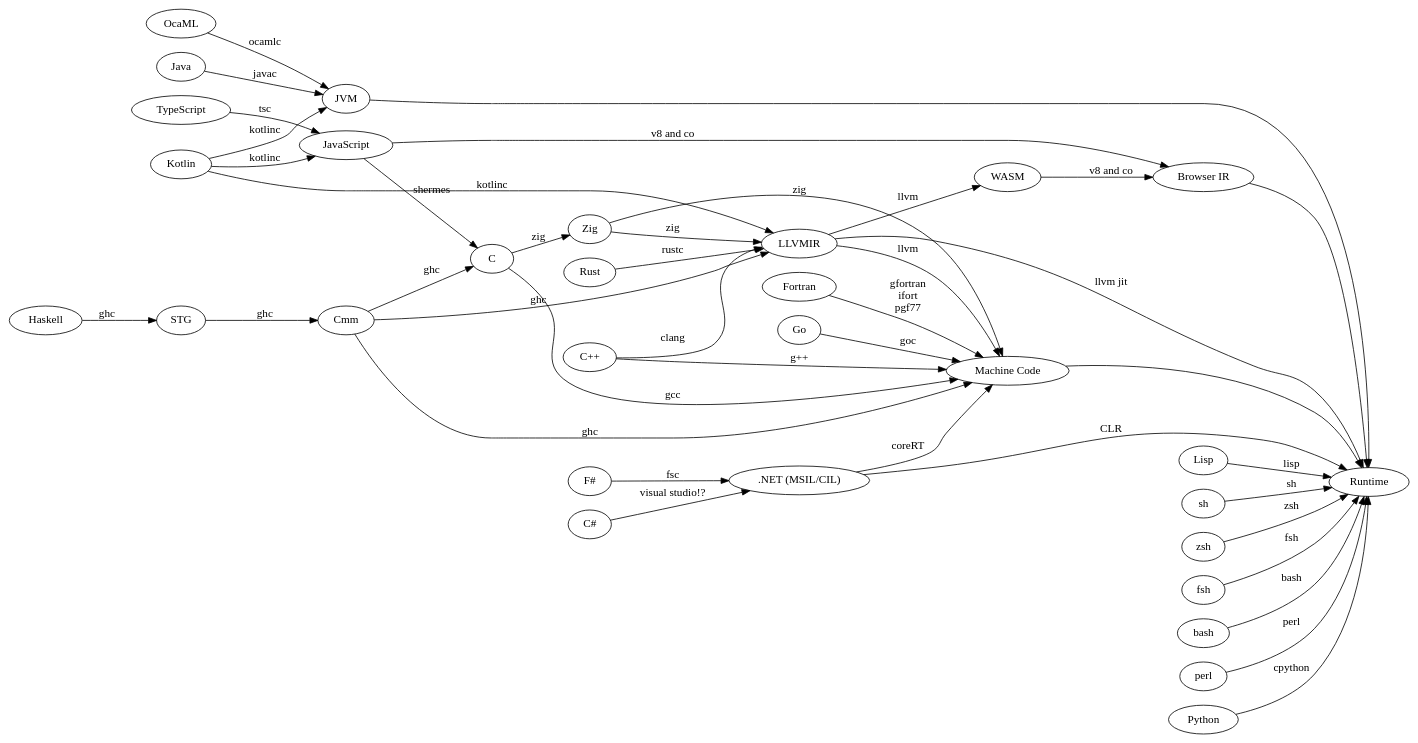
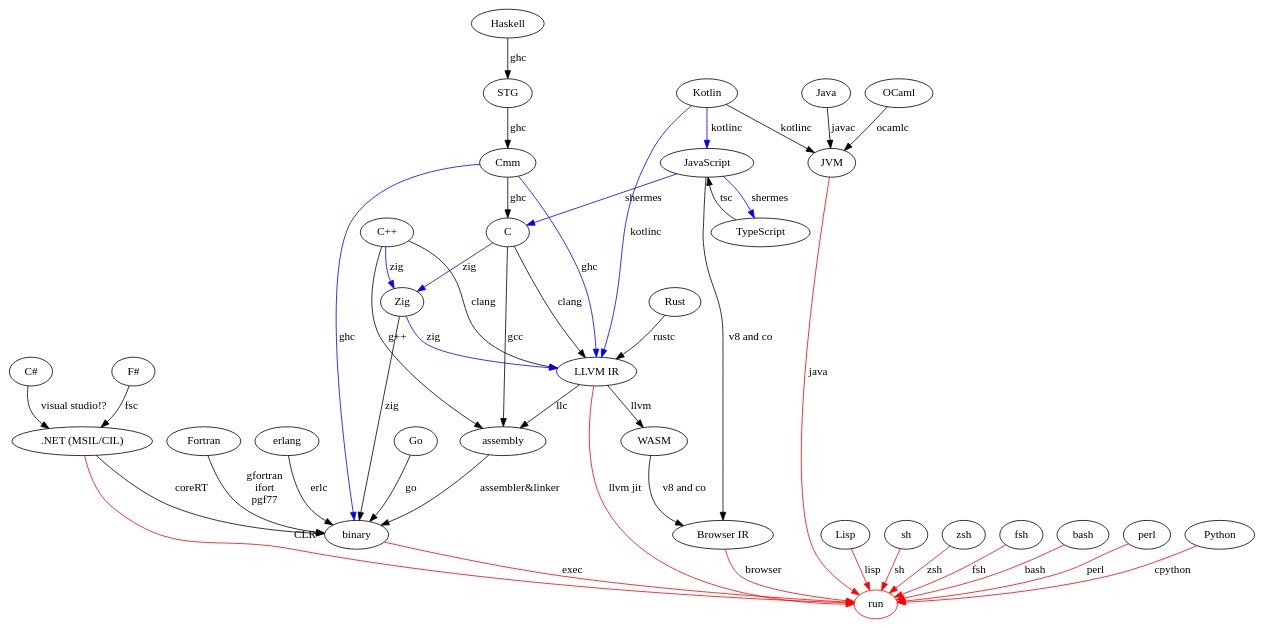
One commit to Cypher1/cypher1.github.io changed the second of 2 diagrams in src/posts/2023-04-20-lambda-calc.md. Above: the diagram before and after it, drawn with Graphviz. The commit also changed other lines of this file, not shown here.

Commit message:
Color non-main-path compilation blue and executable paths red

````diff
--- a/src/posts/2023-04-20-lambda-calc.md
+++ b/src/posts/2023-04-20-lambda-calc.md
@@ -104,55 +105,59 @@
 ```dot process Languages by runtime
 digraph {
-    rankdir="LR";
-
-    MC [label="Machine Code"]
     Fsharp [label="F#"]
     Cpp [label="C++"]
     Csharp [label="C#"]
     dotNET [label=".NET (MSIL/CIL)"]
+    LLVMIR [label="LLVM IR"]
+    browser [label="Browser IR"]
+    run [color=red]
 
-    # JITs
-    "Browser IR" -> Runtime
-    JVM -> Runtime
-    dotNET -> Runtime [label="CLR"]
-    dotNET -> MC [label="coreRT"]
-    LLVMIR -> Runtime [label="llvm jit"]
-    LLVMIR -> MC [label="llvm"]
+    browser -> run [label="browser", color=red]
+    JVM -> run [label="java", color=red]
+    dotNET -> run [label="CLR", color=red]
+    dotNET -> binary [label="coreRT"]
+    LLVMIR -> run [label="llvm jit", color=red]
+    LLVMIR -> assembly [label="llc"]
+    assembly -> binary [label="assembler&linker"]
+    binary -> run [label="exec", color=red]
     LLVMIR -> WASM [label="llvm"]
-    MC -> Runtime
 
     Java -> JVM [label="javac"]
     Kotlin -> JVM [label="kotlinc"]
-    OcaML -> JVM [label="ocamlc"]
+    OCaml -> JVM [label="ocamlc"]
 
     Csharp -> dotNET [label="visual studio!?"]
     Fsharp -> dotNET [label="fsc"]
 
-    C -> MC [label="gcc"]
-    Cpp -> MC [label="g++"]
-    Go -> MC [label="goc"]
-    Fortran -> MC [label="gfortran\nifort\npgf77"]
-    Kotlin -> LLVMIR [label="kotlinc"]
-    C -> Zig [label="zig"]
-    Zig -> MC [label="zig"]
-    Zig -> LLVMIR [label="zig"]
+    C -> assembly [label="gcc"]
+    erlang -> binary [label="erlc"]
+    Cpp -> assembly [label="g++"]
+    Go -> binary [label="go"]
+    Fortran -> binary [label="gfortran\nifort\npgf77"]
+    Kotlin -> LLVMIR [label="kotlinc", color=blue]
+    C -> Zig [label="zig", color=blue]
+    Cpp -> Zig [label="zig", color=blue]
+    Zig -> binary [label="zig"]
+    Zig -> LLVMIR [label="zig", color=blue]
     Cpp -> LLVMIR [label="clang"]
+    C -> LLVMIR [label="clang"]
     Rust -> LLVMIR [label="rustc"]
     Haskell -> STG -> Cmm [label="ghc"]
-    Cmm -> MC [label="ghc"]
-    Cmm -> LLVMIR [label="ghc"]
+    Cmm -> binary [label="ghc", color=blue]
+    Cmm -> LLVMIR [label="ghc", color=blue]
     Cmm -> C [label="ghc"]
-    JavaScript -> "Browser IR" [label="v8 and co"]
-    JavaScript -> C [label="shermes"]
+    JavaScript -> browser [label="v8 and co"]
+    JavaScript -> C [label="shermes", color=blue]
+    JavaScript -> TypeScript [label="shermes", color=blue]
     TypeScript -> JavaScript [label="tsc"]
-    Kotlin -> JavaScript [label="kotlinc"]
-    WASM -> "Browser IR" [label="v8 and co"]
-    Lisp -> Runtime [label="lisp"]
-    sh -> Runtime [label="sh"]
-    zsh -> Runtime [label="zsh"]
-    fsh -> Runtime [label="fsh"]
-    bash -> Runtime [label="bash"]
-    perl -> Runtime [label="perl"]
-    Python -> Runtime [label="cpython"]
+    Kotlin -> JavaScript [label="kotlinc", color=blue]
+    WASM -> browser [label="v8 and co"]
+    Lisp -> run [label="lisp", color=red]
+    sh -> run [label="sh", color=red]
+    zsh -> run [label="zsh", color=red]
+    fsh -> run [label="fsh", color=red]
+    bash -> run [label="bash", color=red]
+    perl -> run [label="perl", color=red]
+    Python -> run [label="cpython", color=red]
 }
 ```
````
